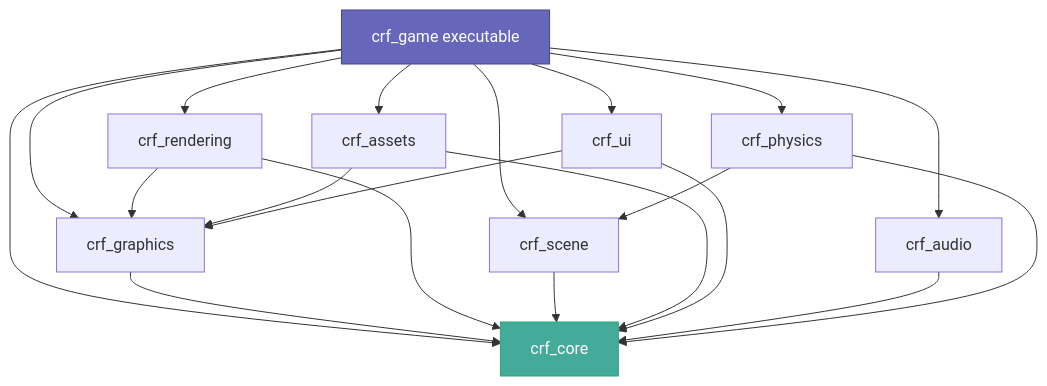
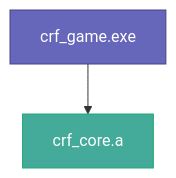
One commit to BiggieBranose/Chronica-Regna-Fractorum changed the first of 5 diagrams in Code/README.md. Above: the diagram before and after it, drawn with Mermaid. The commit also changed other lines of this file, not shown here.

First line of the commit message:
Full line-by-line README with corrected Mermaid diagrams

````diff
--- a/Code/README.md
+++ b/Code/README.md
@@ -44,25 +49,6 @@
 ```mermaid
 graph TD
-    GAME[crf_game executable] --> CORE[crf_core]
-    GAME --> GFX[crf_graphics]
-    GAME --> SCENE[crf_scene]
-    GAME --> REND[crf_rendering]
-    GAME --> ASSETS[crf_assets]
-    GAME --> UI[crf_ui]
-    GAME --> AUDIO[crf_audio]
-    GAME --> PHYS[crf_physics]
-    GFX --> CORE
-    REND --> GFX
-    REND --> CORE
-    SCENE --> CORE
-    ASSETS --> CORE
-    ASSETS --> GFX
-    UI --> GFX
-    UI --> CORE
-    AUDIO --> CORE
-    PHYS --> SCENE
-    PHYS --> CORE
-
+    GAME[crf_game.exe] --> CORE[crf_core.a]
     style CORE fill:#4a9,stroke:#2a7,color:#fff
     style GAME fill:#66b,stroke:#448,color:#fff
 ```
````
